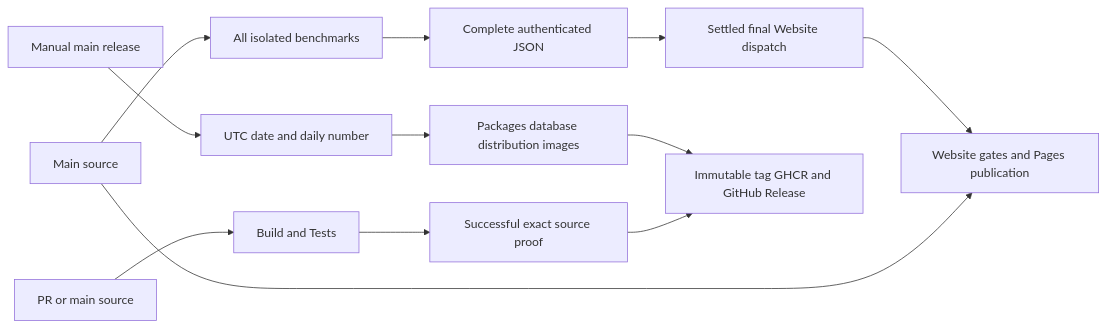
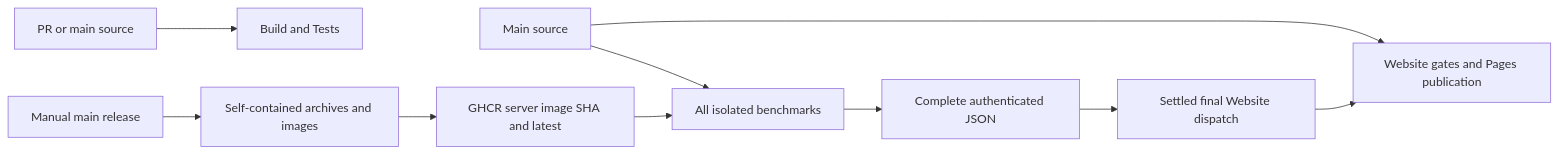
Before and after one commit to managedcode/KeyLoad: diagram 29 of 30 in docs/Architecture.md, drawn with Mermaid. The commit also changed other lines of this file and 32 other files, not shown here.

````diff
--- a/docs/Architecture.md
+++ b/docs/Architecture.md
@@ -814,14 +816,12 @@
 ```mermaid
 flowchart LR
     Source[PR or main source] --> CI[Build and Tests]
     Main[Main source] --> Benchmarks[All isolated benchmarks]
     Benchmarks --> Aggregate[Complete authenticated JSON]
     Aggregate --> Dispatch[Settled final Website dispatch]
     Dispatch --> Site[Website gates and Pages publication]
     Main --> Site
-    Manual[Manual main release] --> Reserve[UTC date and daily number]
-    Reserve --> Build[Packages database distribution images]
-    CI --> Gate[Successful exact source proof]
-    Build --> Publish[Immutable tag GHCR and GitHub Release]
-    Gate --> Publish
+    Manual[Manual main release] --> Build[Self-contained archives and images]
+    Build --> Registry[GHCR server image SHA and latest]
+    Registry --> Benchmarks
 ```
````
